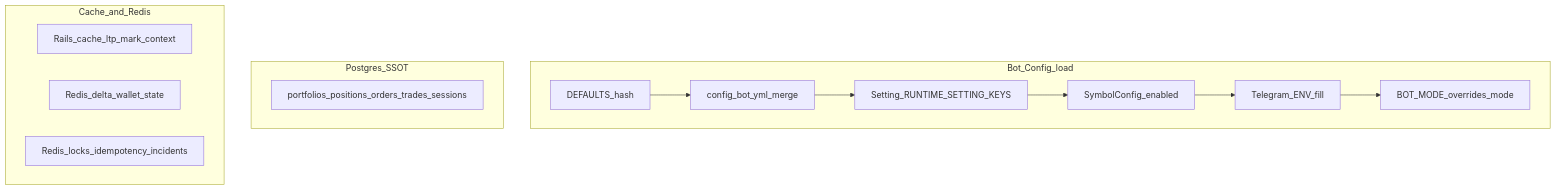
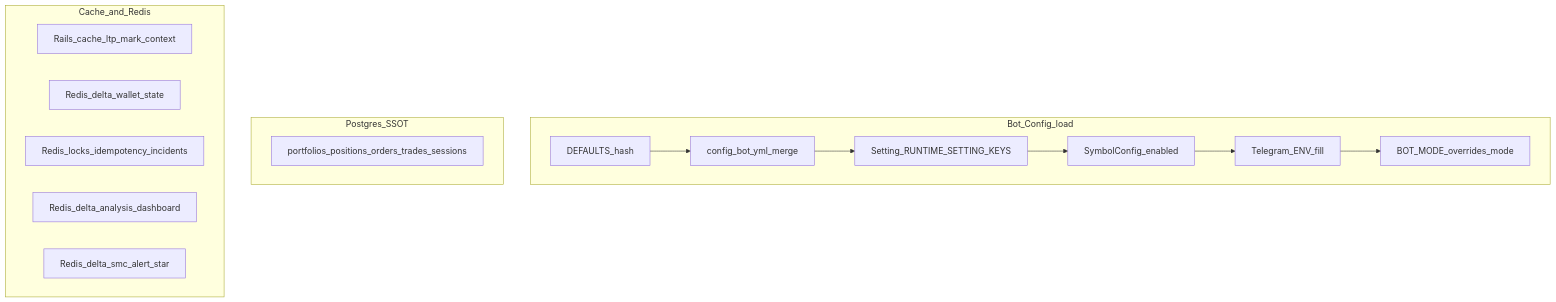
One commit to shubhamtaywade82/delta_exchange_bot changed the diagram in backend/docs/configuration_precedence.md. Above: the diagram before and after it, drawn with Mermaid. The commit also changed other lines of this file and 15 other files, not shown here.

First line of the commit message:
Update documentation and enhance SMC event alert features

````diff
--- a/backend/docs/configuration_precedence.md
+++ b/backend/docs/configuration_precedence.md
@@ -49,20 +62,22 @@
 ```mermaid
 flowchart TD
   subgraph botConfig [Bot_Config_load]
     D[DEFAULTS_hash]
     Y[config_bot_yml_merge]
     S[Setting_RUNTIME_SETTING_KEYS]
     SC[SymbolConfig_enabled]
     TE[Telegram_ENV_fill]
     BM[BOT_MODE_overrides_mode]
   end
   subgraph durable [Postgres_SSOT]
     P[portfolios_positions_orders_trades_sessions]
   end
   subgraph ephemeral [Cache_and_Redis]
     RC[Rails_cache_ltp_mark_context]
     RWallet[Redis_delta_wallet_state]
     RLocks[Redis_locks_idempotency_incidents]
+    RAD[Redis_delta_analysis_dashboard]
+    RSMC[Redis_delta_smc_alert_star]
   end
   D --> Y --> S --> SC --> TE --> BM
 ```
````
